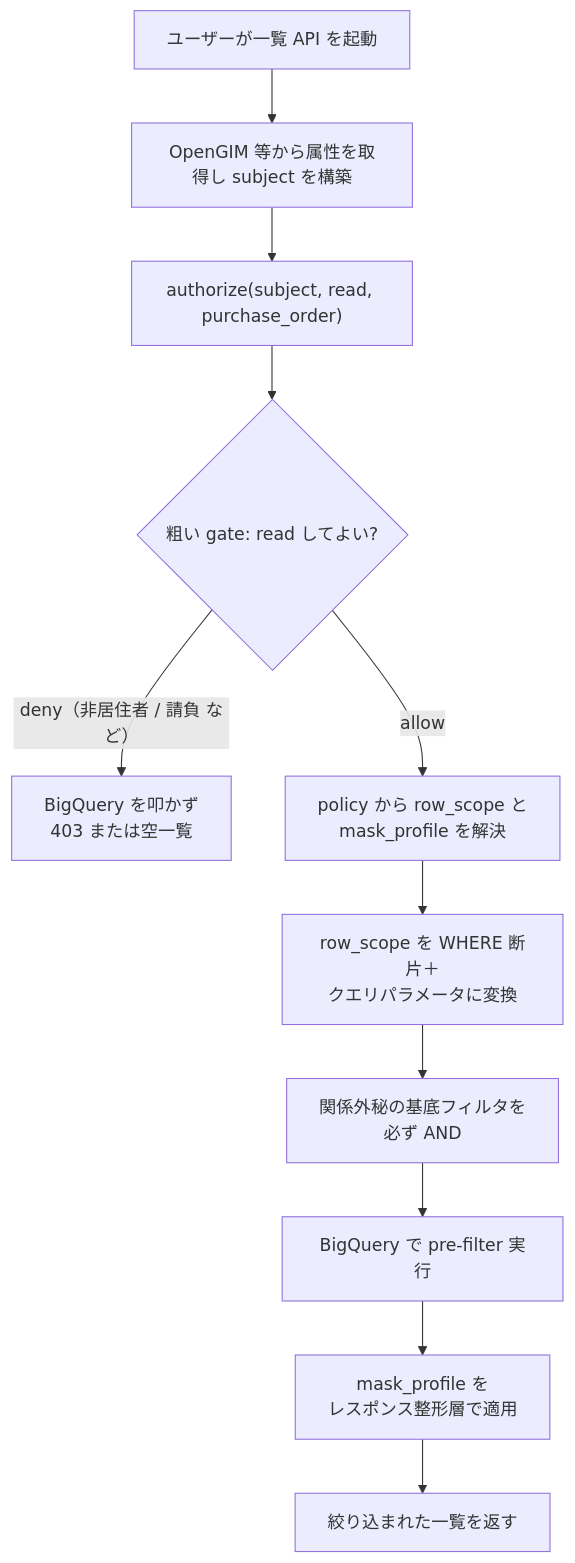
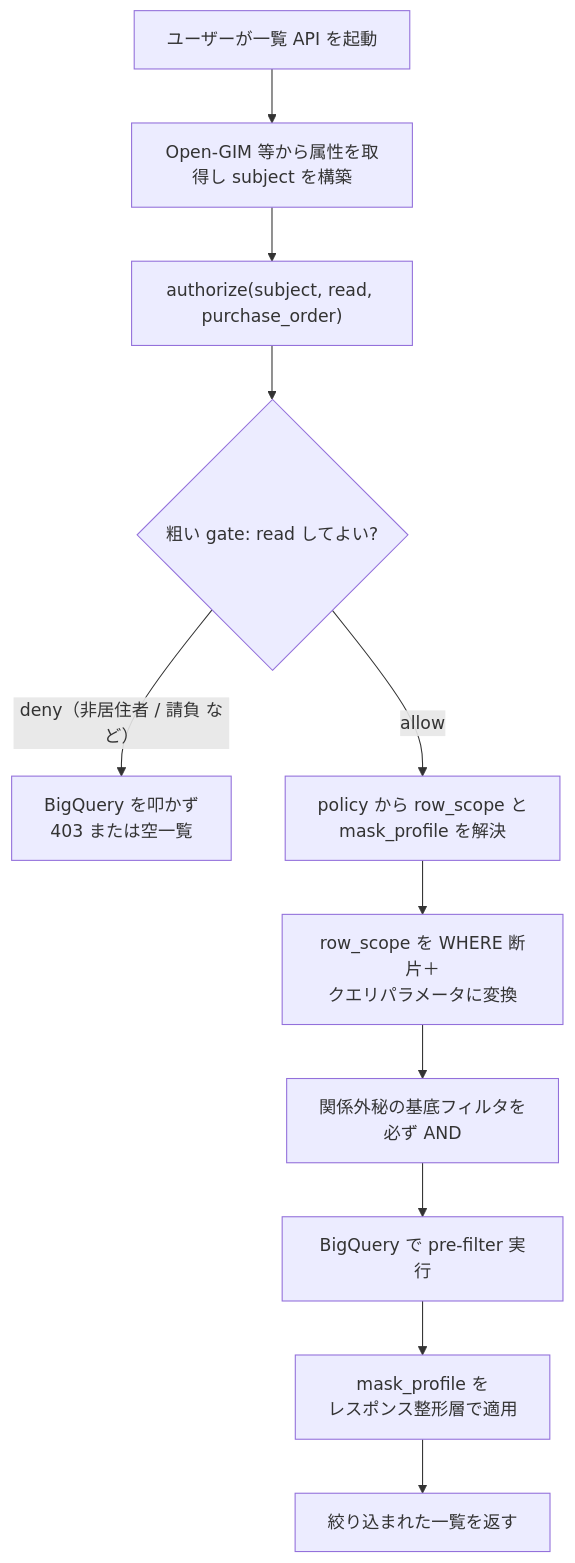
The second of 2 diagrams in docs/03-authorization/pycasbin/policy-examples-purchase-order.md (kttsh/common-data-model), drawn with Mermaid before and after one commit. The commit also changed other lines of this file and 21 other files, not shown here.

First line of the commit message:
docs: Open-GIM 呼称と PyCasbin 採用をドキュメント全体で整合

````diff
--- a/docs/03-authorization/pycasbin/policy-examples-purchase-order.md
+++ b/docs/03-authorization/pycasbin/policy-examples-purchase-order.md
@@ -366,13 +360,13 @@
 ```mermaid
 flowchart TD
-    A["ユーザーが一覧 API を起動"] --> B["OpenGIM 等から属性を取得し subject を構築"]
+    A["ユーザーが一覧 API を起動"] --> B["Open-GIM 等から属性を取得し subject を構築"]
     B --> C["authorize(subject, read, purchase_order)"]
     C --> D{"粗い gate: read してよい?"}
     D -->|"deny（非居住者 / 請負 など）"| E["BigQuery を叩かず<br/>403 または空一覧"]
     D -->|allow| F["policy から row_scope と<br/>mask_profile を解決"]
     F --> G["row_scope を WHERE 断片＋<br/>クエリパラメータに変換"]
     G --> H["関係外秘の基底フィルタを<br/>必ず AND"]
     H --> I["BigQuery で pre-filter 実行"]
     I --> J["mask_profile を<br/>レスポンス整形層で適用"]
     J --> K["絞り込まれた一覧を返す"]
 ```
````
